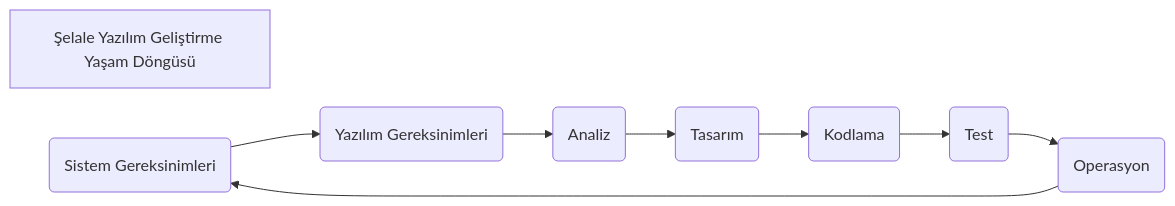
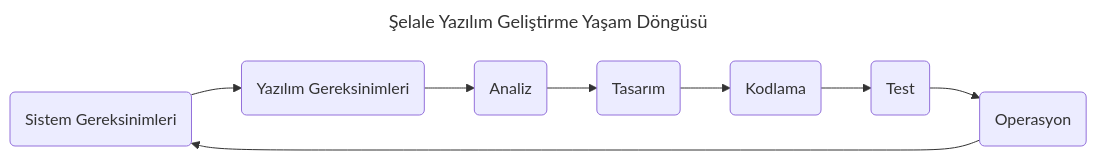
The diagram in diagramlar/waterfall.mmd (ati-ozgur/kurs-programlama-temeller), drawn with Mermaid before and after one commit. The commit also changed 2 other files, not shown here.

````diff
--- a/diagramlar/waterfall.mmd
+++ b/diagramlar/waterfall.mmd
@@ -1,13 +1,14 @@
 ```{mermaid}
+---
+title : Şelale Yazılım Geliştirme Yaşam Döngüsü
+---
 flowchart LR
-    title[Şelale Yazılım Geliştirme Yaşam Döngüsü]
-    
     S(Sistem Gereksinimleri) 
     S --> Y(Yazılım Gereksinimleri)
     Y --> A(Analiz)
     A --> D(Tasarım)
     D --> C(Kodlama)
     C --> T(Test)
     T --> O(Operasyon)
     O --> S
  ```
````
